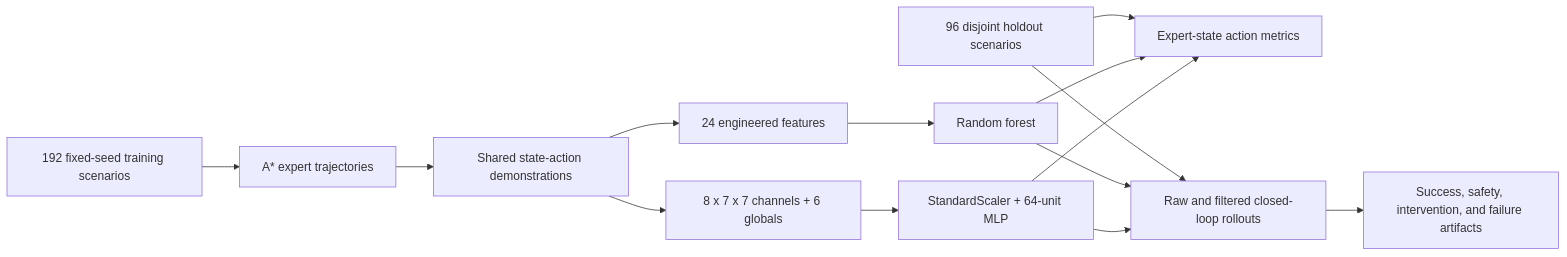
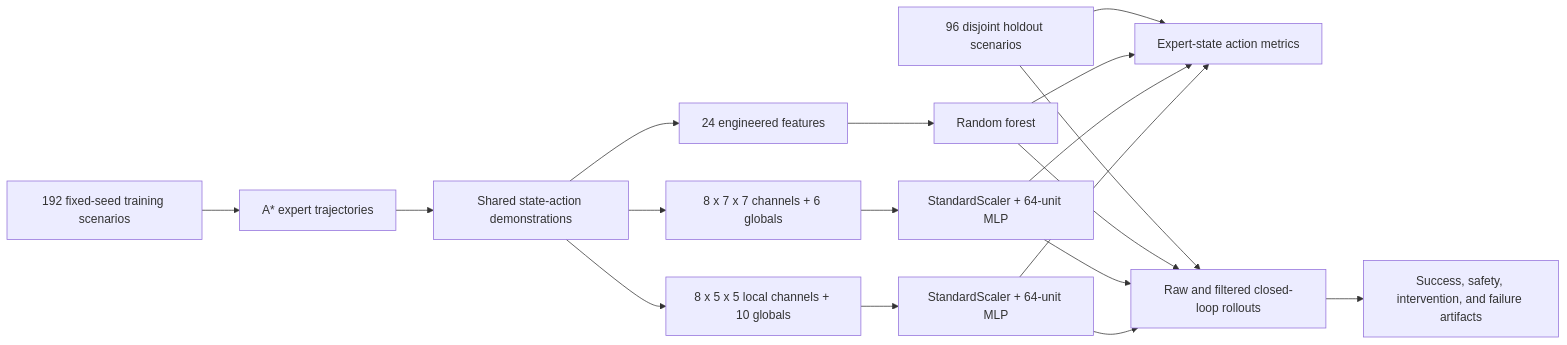
One commit to josiahsutd-stack/ai-portfolio changed the diagram in projects/vla-embodied-agent-simulator/ARCHITECTURE.md. Above: the diagram before and after it, drawn with Mermaid. The commit also changed other lines of this file and 36 other files, not shown here.

````diff
--- a/projects/vla-embodied-agent-simulator/ARCHITECTURE.md
+++ b/projects/vla-embodied-agent-simulator/ARCHITECTURE.md
@@ -24,16 +26,20 @@
 ```mermaid
 flowchart LR
   A["192 fixed-seed training scenarios"] --> B["A* expert trajectories"]
   B --> C["Shared state-action demonstrations"]
   C --> D["24 engineered features"]
   C --> E["8 x 7 x 7 channels + 6 globals"]
+  C --> L["8 x 5 x 5 local channels + 10 globals"]
   D --> F["Random forest"]
   E --> G["StandardScaler + 64-unit MLP"]
+  L --> M["StandardScaler + 64-unit MLP"]
   H["96 disjoint holdout scenarios"] --> I["Expert-state action metrics"]
   F --> I
   G --> I
+  M --> I
   H --> J["Raw and filtered closed-loop rollouts"]
   F --> J
   G --> J
+  M --> J
   J --> K["Success, safety, intervention, and failure artifacts"]
 ```
````
